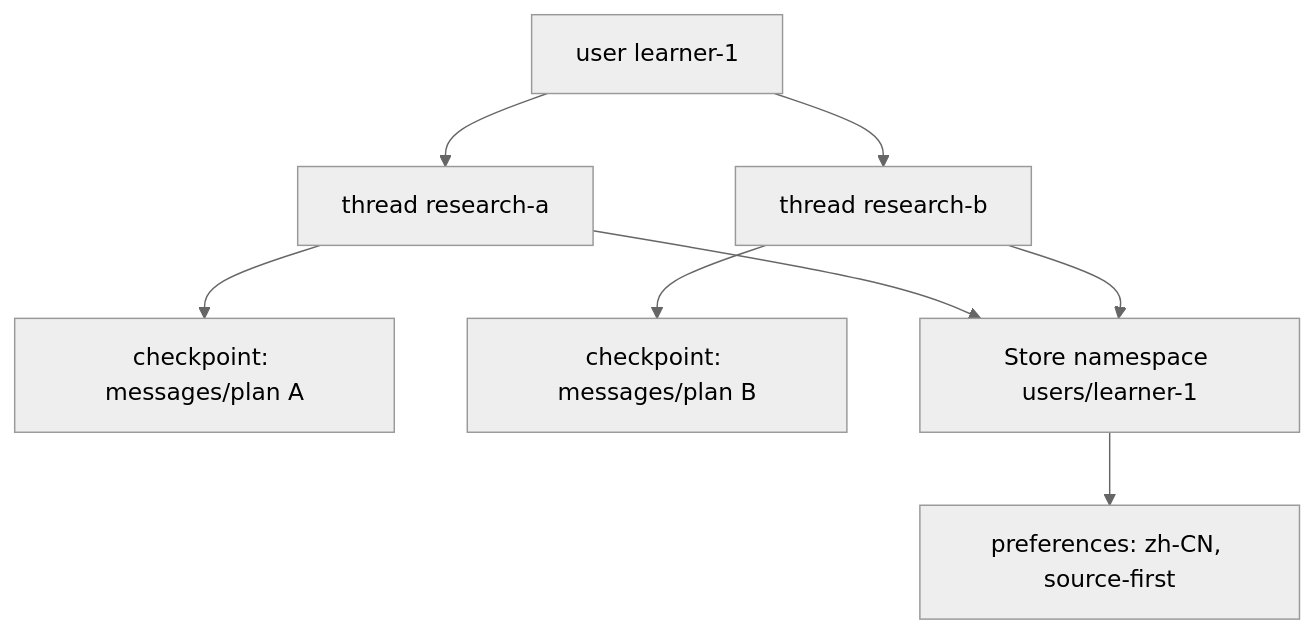
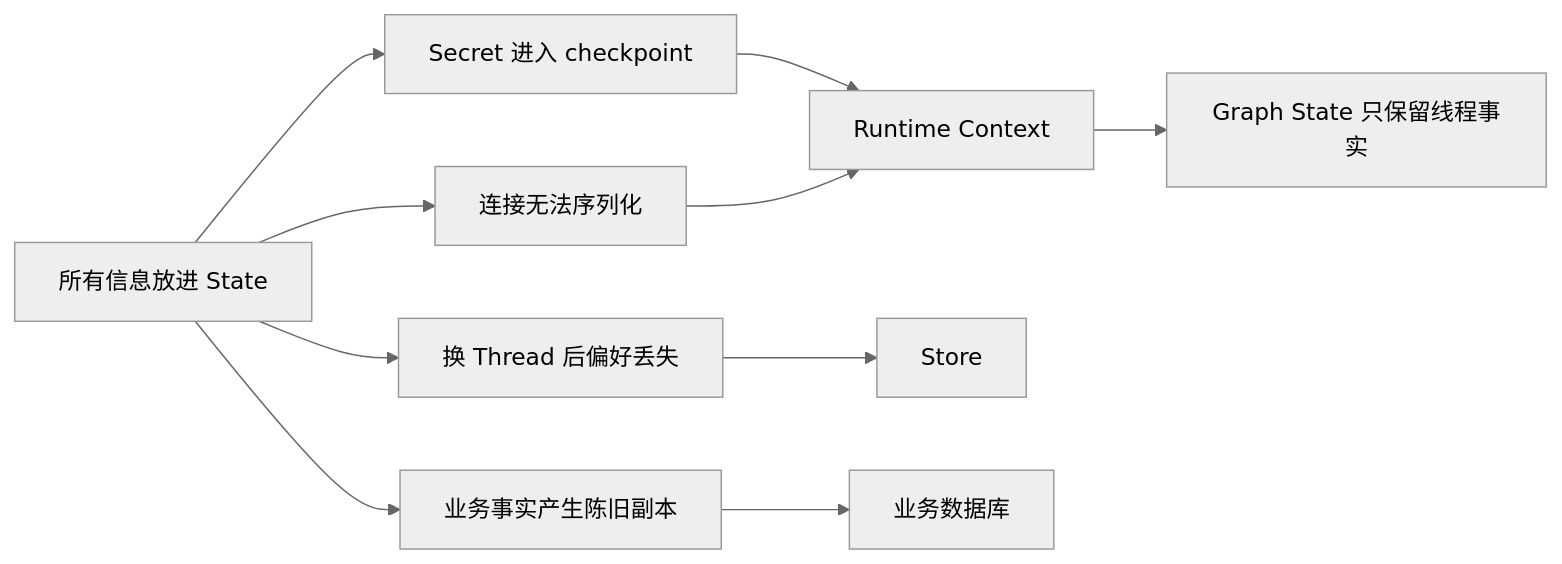
The diagram in docs-site/src/data/blog/05_Agent_Middleware.md (Chengyunlai/langchain-logbook), drawn with Mermaid (neutral theme) before and after one commit. The commit also changed other lines of this file and 5 other files, not shown here.

````diff
--- a/docs-site/src/data/blog/05_Agent_Middleware.md
+++ b/docs-site/src/data/blog/05_Agent_Middleware.md
@@ -180,10 +29,12 @@
 ```mermaid
-flowchart TD
-    U["user learner-1"] --> T1["thread research-a"]
-    U --> T2["thread research-b"]
-    T1 --> C1["checkpoint: messages/plan A"]
-    T2 --> C2["checkpoint: messages/plan B"]
-    T1 --> NS["Store namespace users/learner-1"]
-    T2 --> NS
-    NS --> P["preferences: zh-CN, source-first"]
+flowchart LR
+    A["所有信息放进 State"] --> B["Secret 进入 checkpoint"]
+    A --> C["连接无法序列化"]
+    A --> D["换 Thread 后偏好丢失"]
+    A --> E["业务事实产生陈旧副本"]
+    B --> F["Runtime Context"]
+    C --> F
+    D --> G["Store"]
+    E --> H["业务数据库"]
+    F --> I["Graph State 只保留线程事实"]
 ```
````
